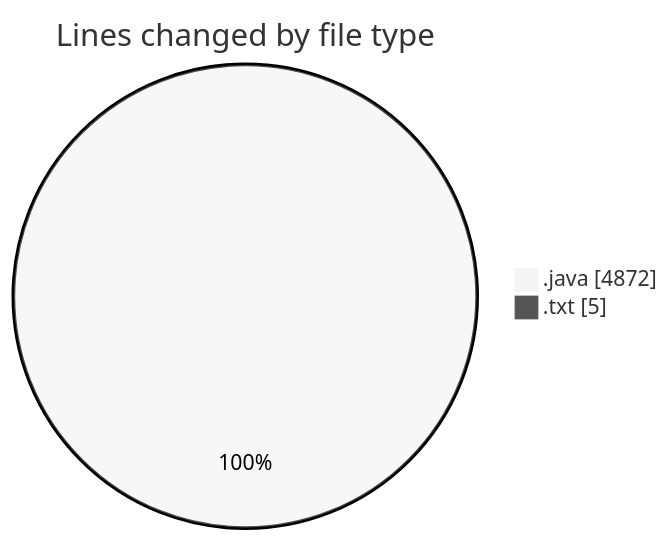
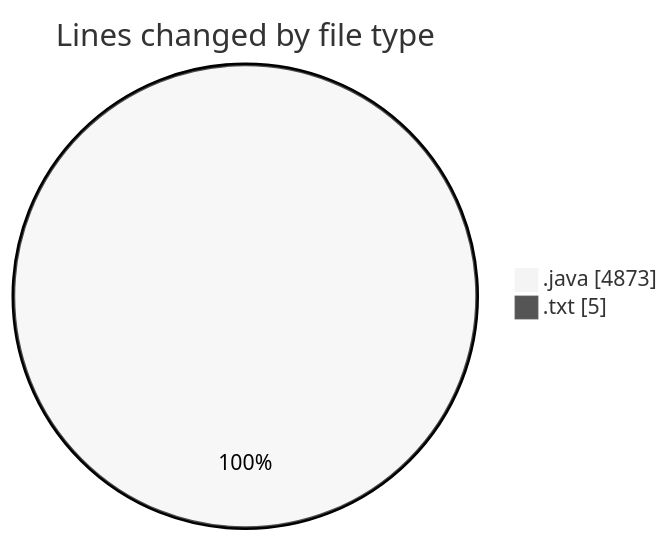
One commit to ricardozamudiocil/code-tracking changed the first of 2 diagrams in 2026-03-19/cilapp/README.md. Above: the diagram before and after it, drawn with Mermaid (neutral theme). The commit also changed other lines of this file and 1 other file, not shown here.

````diff
--- a/2026-03-19/cilapp/README.md
+++ b/2026-03-19/cilapp/README.md
@@ -23,6 +23,6 @@
 ```mermaid
 pie showData
 title Lines changed by file type
-".java" : 4872
+".java" : 4873
 ".txt" : 5
 ```
````
